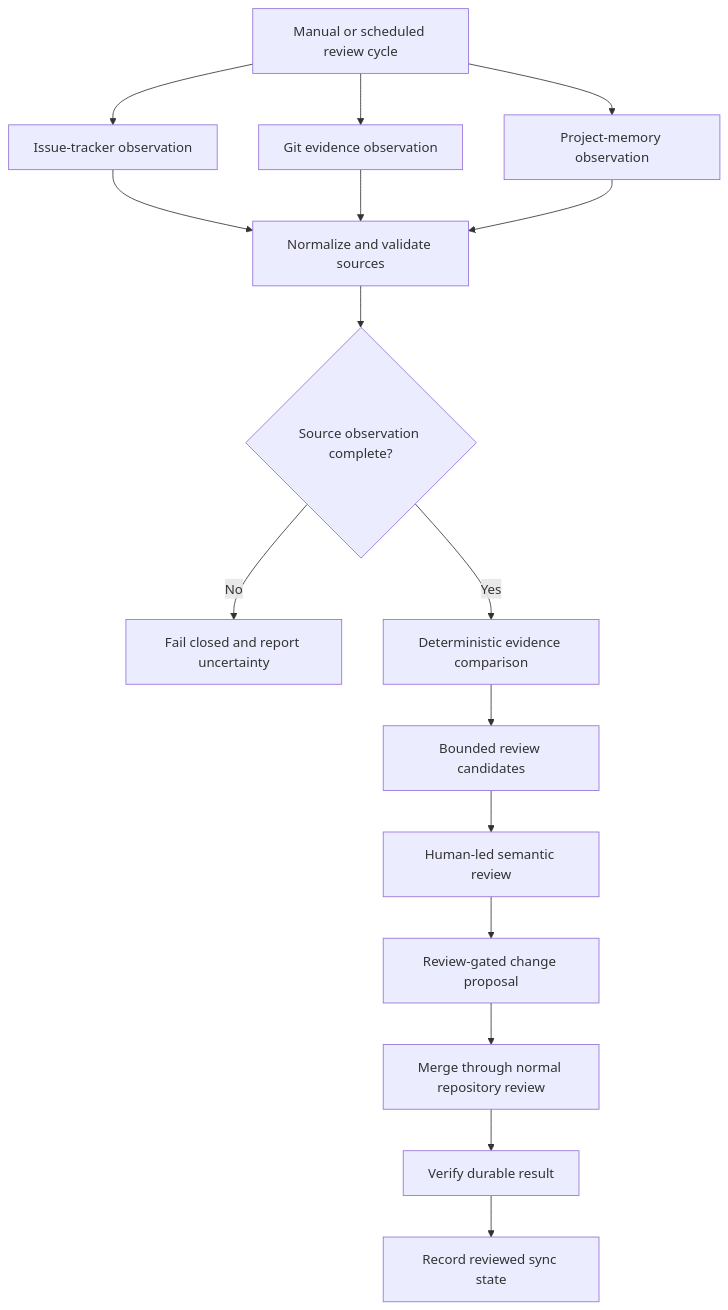
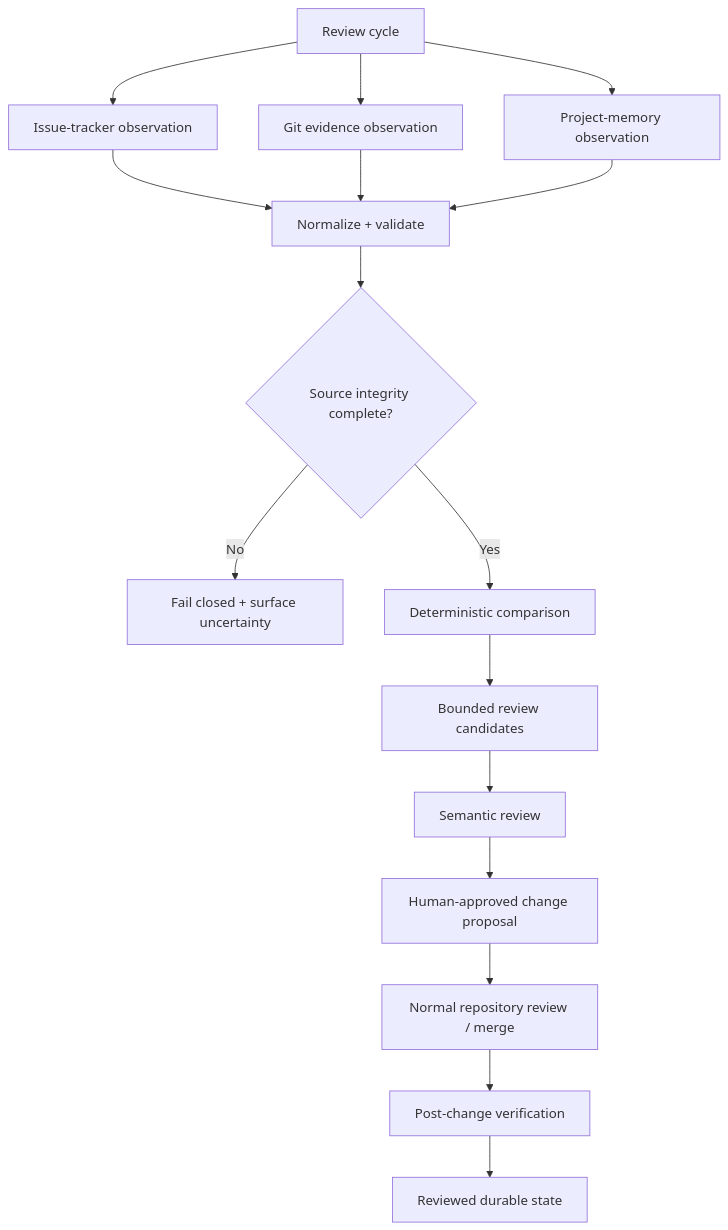
The diagram in README.md (Charles-drZ/automation-workflow-showcase), drawn with Mermaid before and after one commit. The commit also changed other lines of this file, not shown here.

Commit message:
Reframe automation showcase around deterministic evidence pipeline

````diff
--- a/README.md
+++ b/README.md
@@ -56,18 +48,18 @@
 ```mermaid
 flowchart TD
-    A[Manual or scheduled review cycle] --> B[Issue-tracker observation]
+    A[Review cycle] --> B[Issue-tracker observation]
     A --> C[Git evidence observation]
     A --> D[Project-memory observation]
-    B --> E[Normalize and validate sources]
+    B --> E[Normalize + validate]
     C --> E
     D --> E
-    E --> F{Source observation complete?}
-    F -- No --> G[Fail closed and report uncertainty]
-    F -- Yes --> H[Deterministic evidence comparison]
+    E --> F{Source integrity complete?}
+    F -- No --> G[Fail closed + surface uncertainty]
+    F -- Yes --> H[Deterministic comparison]
     H --> I[Bounded review candidates]
-    I --> J[Human-led semantic review]
-    J --> K[Review-gated change proposal]
-    K --> L[Merge through normal repository review]
-    L --> M[Verify durable result]
-    M --> N[Record reviewed sync state]
+    I --> J[Semantic review]
+    J --> K[Human-approved change proposal]
+    K --> L[Normal repository review / merge]
+    L --> M[Post-change verification]
+    M --> N[Reviewed durable state]
 ```
````
